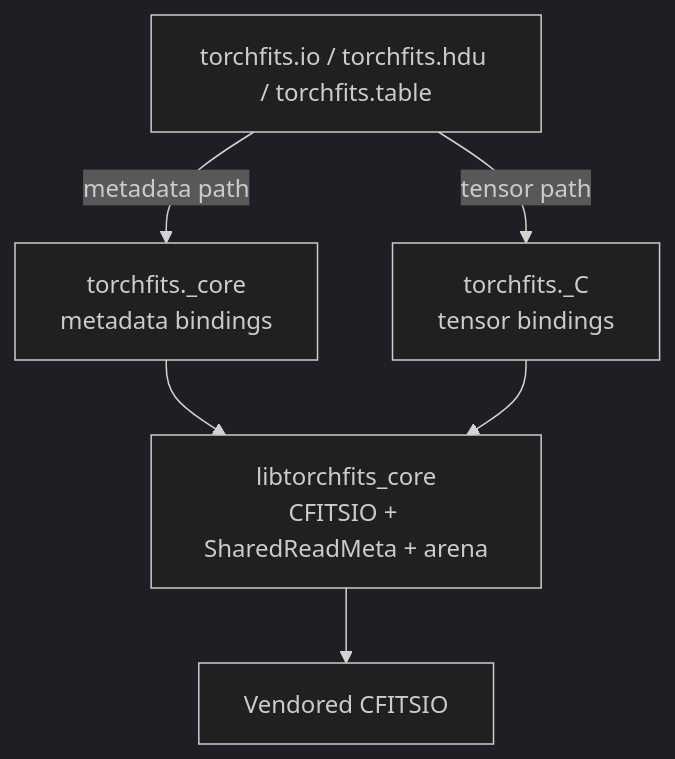
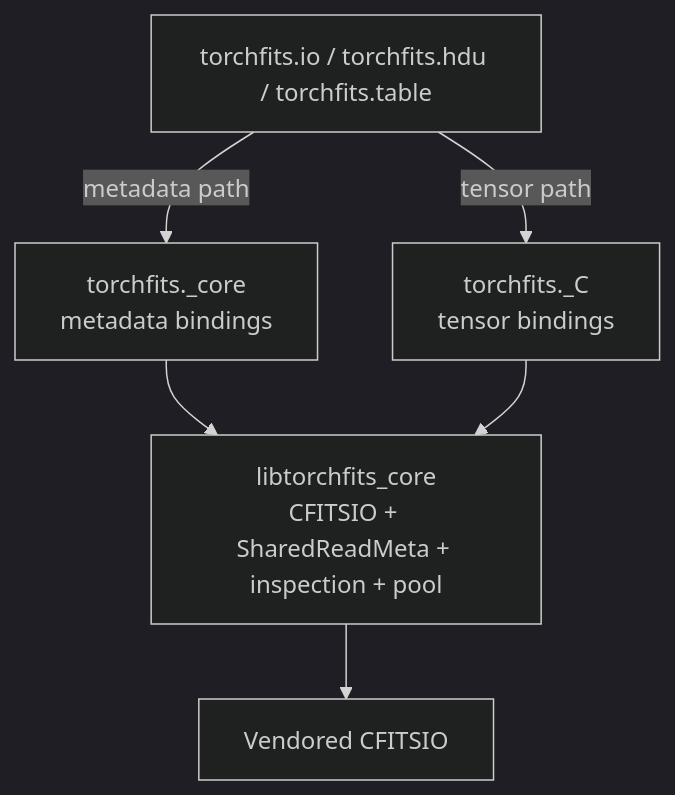
Before and after one commit to sfabbro/torchfits: the second of 4 diagrams in docs/architecture.md, drawn with Mermaid (dark theme). The commit also changed other lines of this file and 194 other files, not shown here.

````diff
--- a/docs/architecture.md
+++ b/docs/architecture.md
@@ -53,13 +57,13 @@
 ```mermaid
 flowchart TB
   py["torchfits.io / torchfits.hdu / torchfits.table"]
   meta["torchfits._core<br/>metadata bindings"]
   tensor["torchfits._C<br/>tensor bindings"]
-  core["libtorchfits_core<br/>CFITSIO + SharedReadMeta + arena"]
+  core["libtorchfits_core<br/>CFITSIO + SharedReadMeta + inspection + pool"]
   cfitsio["Vendored CFITSIO"]
   py -->|metadata path| meta
   py -->|tensor path| tensor
   meta --> core
   tensor --> core
   core --> cfitsio
 ```
````
